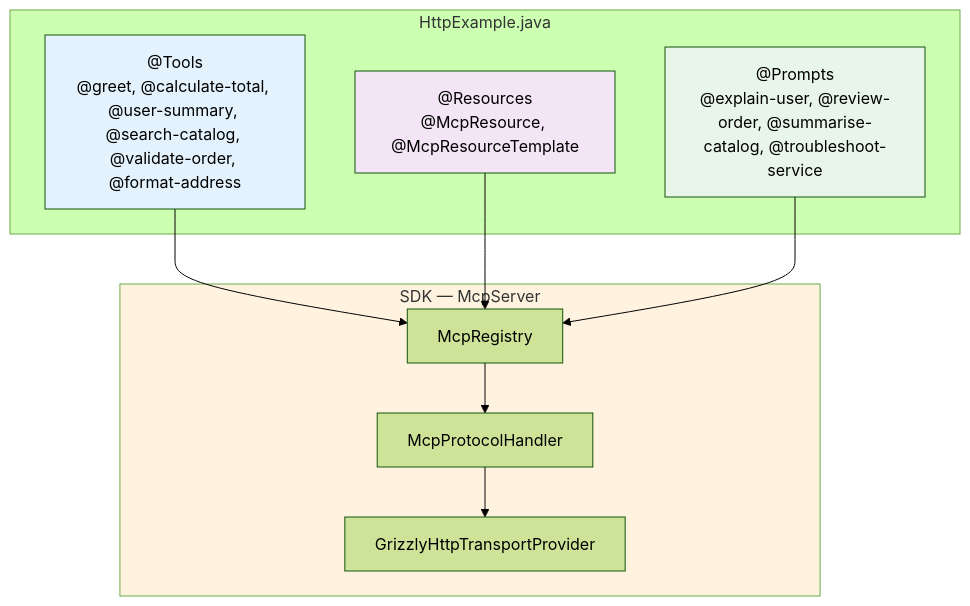
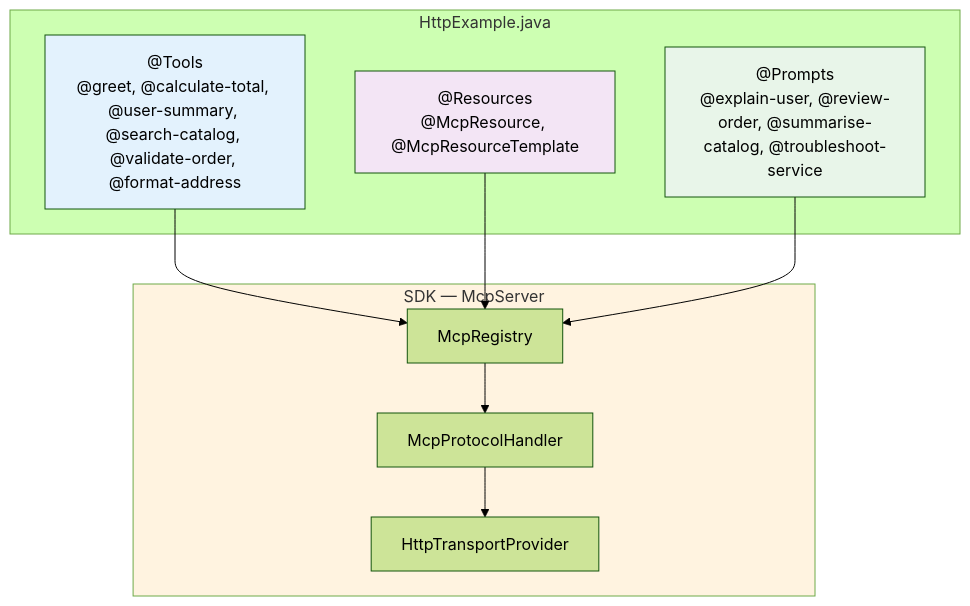
One commit to vinhphan812/mcp-java-sdk changed the second of 2 diagrams in docs/guides/HTTP-TRANSPORT-EXAMPLE.md. Above: the diagram before and after it, drawn with Mermaid (forest theme). The commit also changed other lines of this file and 20 other files, not shown here.

First line of the commit message:
docs: sync ADR and project docs with current source — rename GrizzlyStreamableServerTransportProvider -> HttpTransportProvider

````diff
--- a/docs/guides/HTTP-TRANSPORT-EXAMPLE.md
+++ b/docs/guides/HTTP-TRANSPORT-EXAMPLE.md
@@ -37,28 +37,28 @@
 ```mermaid
 flowchart TB
     subgraph Example["HttpExample.java"]
         T["@Tools
 @greet, @calculate-total, @user-summary, @search-catalog, @validate-order, @format-address"]
         Res["@Resources
 @McpResource, @McpResourceTemplate"]
         P["@Prompts
 @explain-user, @review-order, @summarise-catalog, @troubleshoot-service"]
     end
 
     subgraph SDK["SDK — McpServer"]
         Reg["McpRegistry"]
         PH["McpProtocolHandler"]
-        T2["GrizzlyHttpTransportProvider"]
+        T2["HttpTransportProvider"]
     end
 
     T --> Reg
     Res --> Reg
     P --> Reg
     Reg --> PH
     PH --> T2
 
     style T fill:#e3f2fd
     style Res fill:#f3e5f5
     style P fill:#e8f5e9
     style SDK fill:#fff3e0
 ```
````
